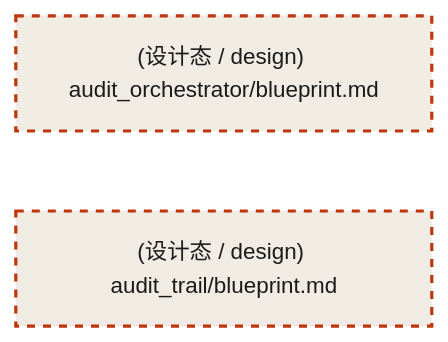
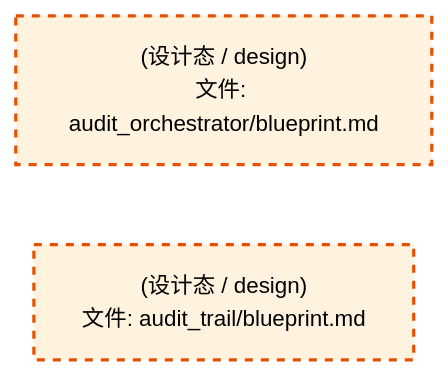
One commit to xuanFelixVan/ZephyrAlpha changed the seventh of 8 diagrams in docs/02_enterprise_architecture/02_domain_architecture_docs/50_d_gov_audit.md. Above: the diagram before and after it, drawn with Mermaid. The commit also changed other lines of this file and 75 other files, not shown here.

````diff
--- a/docs/02_enterprise_architecture/02_domain_architecture_docs/50_d_gov_audit.md
+++ b/docs/02_enterprise_architecture/02_domain_architecture_docs/50_d_gov_audit.md
@@ -1110,12 +1110,12 @@
 ```mermaid
 %%{init: {'theme': 'base', 'themeVariables': {'primaryColor': '#eaeaea', 'primaryTextColor': '#333333', 'primaryBorderColor': '#666666', 'lineColor': '#666666', 'secondaryColor': '#eaeaea', 'tertiaryColor': '#eaeaea', 'fontSize': '14px'}}}%%
 flowchart TD
-    docs_03_modules_cross_layer_audit_orchestrator_blueprint_md["(设计态 / design) audit_orchestrator/blueprint.md"]
-    docs_03_modules_domain_governance_audit_trail_blueprint_md["(设计态 / design) audit_trail/blueprint.md"]
+    docs_03_modules_cross_layer_audit_orchestrator_blueprint_md["(设计态 / design)<br/>文件: audit_orchestrator/blueprint.md"]
+    docs_03_modules_domain_governance_audit_trail_blueprint_md["(设计态 / design)<br/>文件: audit_trail/blueprint.md"]
     docs_03_modules_cross_layer_audit_orchestrator_blueprint_md ~~~ docs_03_modules_domain_governance_audit_trail_blueprint_md
-    classDef production fill:#e8edf2,stroke:#0277bd,stroke-width:2px,color:#1a1a1a
-    classDef design fill:#f0ebe3,stroke:#bf360c,stroke-width:2px,color:#1a1a1a,stroke-dasharray: 5 5
-    classDef external_prod fill:#e8efe9,stroke:#1b5e20,stroke-width:1px,color:#1a1a1a
-    classDef external_design fill:#efe5ea,stroke:#880e4f,stroke-width:1px,color:#1a1a1a,stroke-dasharray: 5 5
+    classDef production fill:#e1f5fe,stroke:#01579b,stroke-width:2px,color:#000
+    classDef design fill:#fff3e0,stroke:#e65100,stroke-width:2px,color:#000,stroke-dasharray: 5 5
+    classDef external_prod fill:#e8f4fd,stroke:#0277bd,stroke-width:1px,color:#000
+    classDef external_design fill:#fff8e7,stroke:#ef6c00,stroke-width:1px,color:#000,stroke-dasharray: 5 5
     class docs_03_modules_cross_layer_audit_orchestrator_blueprint_md,docs_03_modules_domain_governance_audit_trail_blueprint_md design
 ```
````
